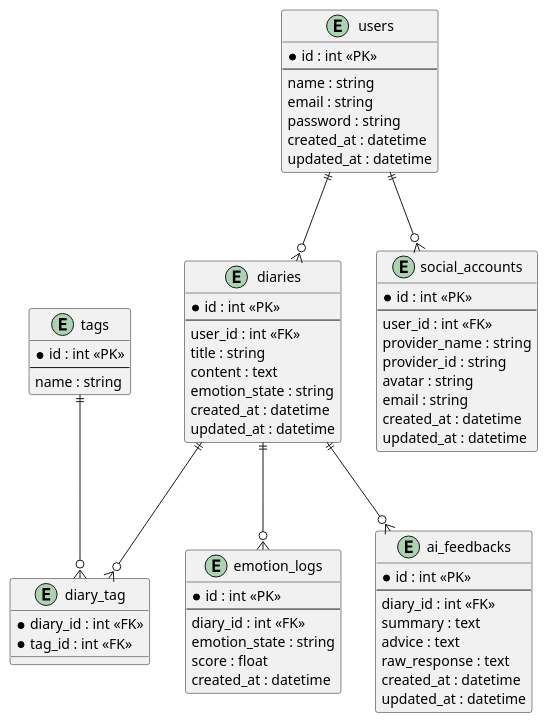
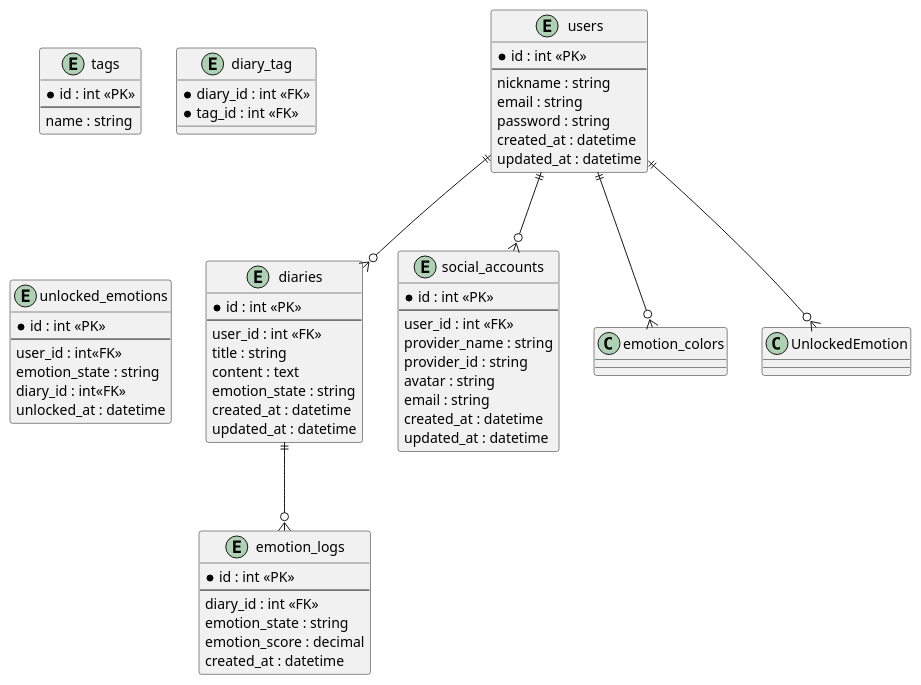
Before and after one commit to nao-pan/MyDiary: the diagram in docs/diagrams/er-diagram.puml, drawn with PlantUML. The commit also changed 8 other files, not shown here.

```diff
--- a/docs/diagrams/er-diagram.puml
+++ b/docs/diagrams/er-diagram.puml
@@ -1,75 +1,72 @@
 @startuml
 
 entity users {
   *id : int <<PK>>
   --
-  name : string
+  nickname : string
   email : string
   password : string
   created_at : datetime
   updated_at : datetime
 }
 
 entity diaries {
   *id : int <<PK>>
   --
   user_id : int <<FK>>
   title : string
   content : text
   emotion_state : string
-  created_at : datetime
-  updated_at : datetime
-}
-
-entity ai_feedbacks {
-  *id : int <<PK>>
-  --
-  diary_id : int <<FK>>
-  summary : text
-  advice : text
-  raw_response : text
   created_at : datetime
   updated_at : datetime
 }
 
 entity tags {
   *id : int <<PK>>
   --
   name : string
 }
 
 entity diary_tag {
   *diary_id : int <<FK>>
   *tag_id : int <<FK>>
 }
 
 entity emotion_logs {
   *id : int <<PK>>
   --
   diary_id : int <<FK>>
   emotion_state : string
-  score : float
+  emotion_score : decimal
   created_at : datetime
+}
+
+entity unlocked_emotions {
+  *id : int <<PK>>
+  --
+  user_id : int<<FK>>
+  emotion_state : string
+  diary_id : int<<FK>>
+  unlocked_at : datetime
 }
 
 entity social_accounts {
   *id : int <<PK>>
   --
   user_id : int <<FK>>
   provider_name : string
   provider_id : string
   avatar : string
   email : string
   created_at : datetime
   updated_at : datetime
 }
 
 ' リレーション定義
 users ||--o{ diaries : ""
-diaries ||--o{ ai_feedbacks : ""
-diaries ||--o{ diary_tag : ""
-tags ||--o{ diary_tag : ""
 diaries ||--o{ emotion_logs : ""
+users ||--o{ emotion_colors : ""
 users ||--o{ social_accounts : ""
+users ||--o{ UnlockedEmotion : ""
 
 @enduml
```
